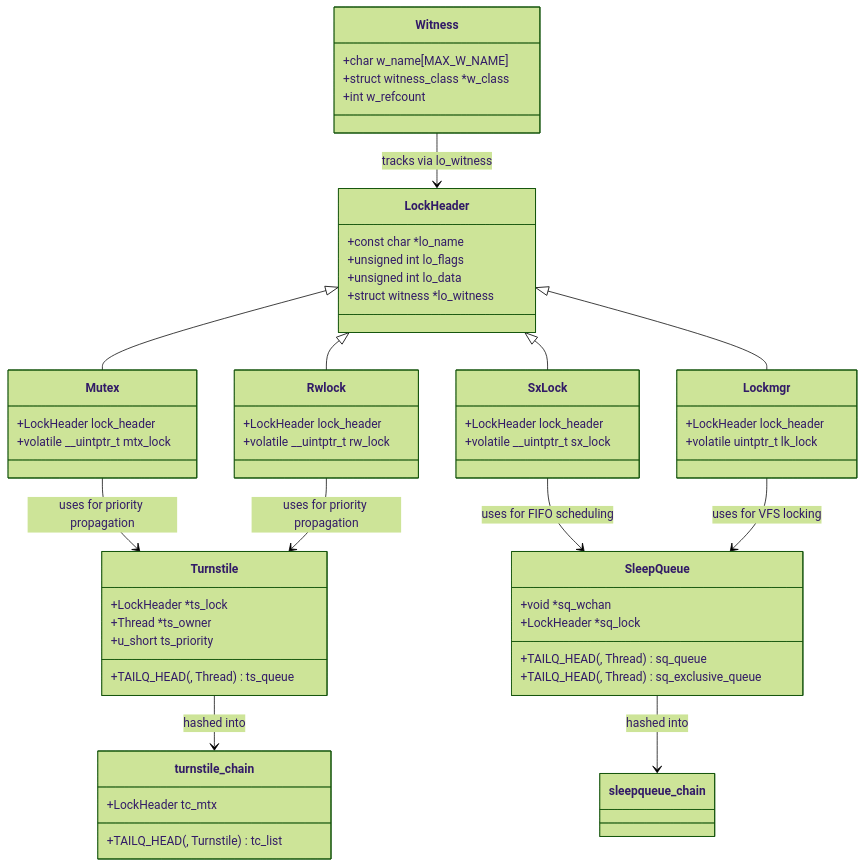
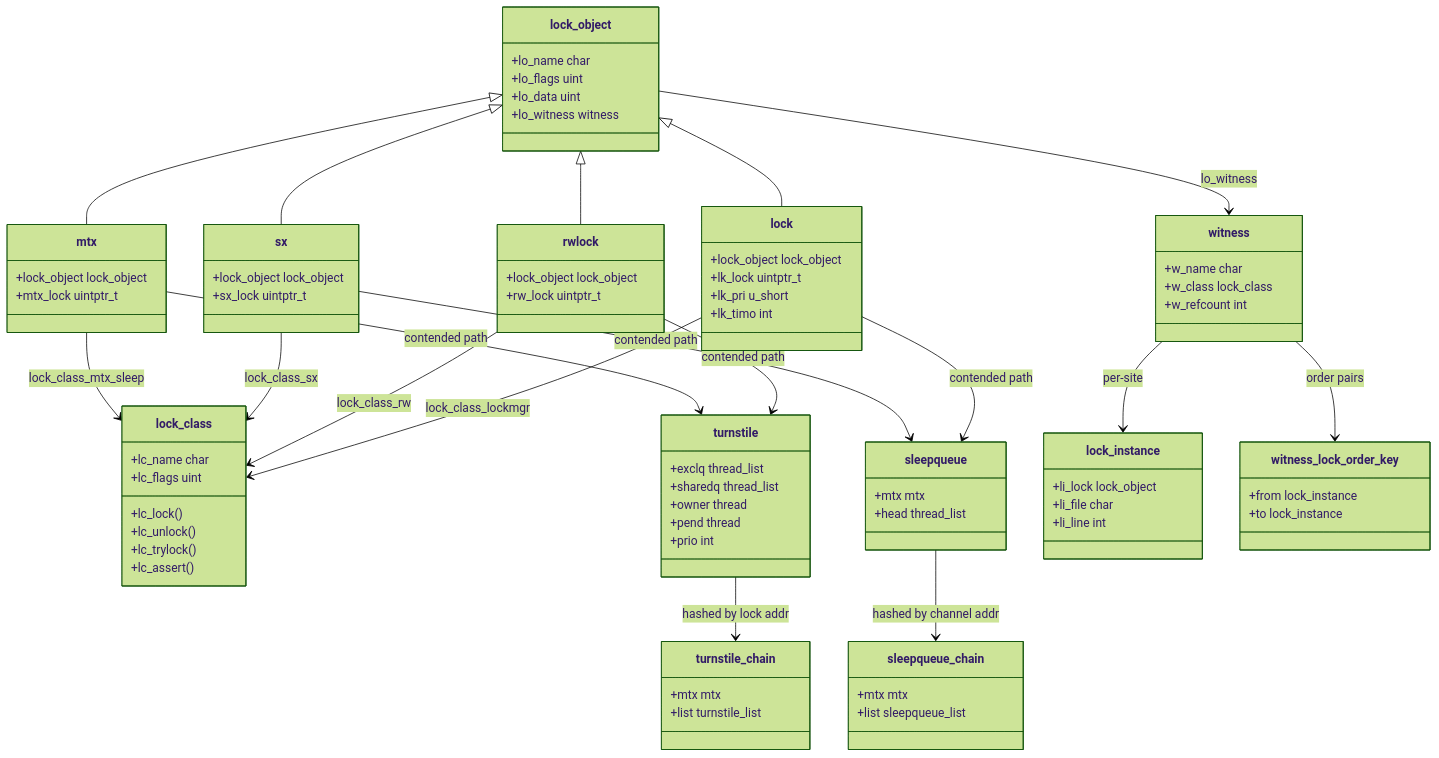
The diagram in sys/kern/README_locking.md (ocochard/freebsd-src), drawn with Mermaid (forest theme) before and after one commit. The commit also changed other lines of this file and 40 other files, not shown here.

````diff
--- a/sys/kern/README_locking.md
+++ b/sys/kern/README_locking.md
@@ -218,58 +574,98 @@
 ```mermaid
 classDiagram
-    class LockHeader {
-        +const char *lo_name
-        +unsigned int lo_flags
-        +unsigned int lo_data
-        +struct witness *lo_witness
-    }
-    class Mutex {
-        +LockHeader lock_header
-        +volatile __uintptr_t mtx_lock
-    }
-    class Rwlock {
-        +LockHeader lock_header
-        +volatile __uintptr_t rw_lock
-    }
-    class SxLock {
-        +LockHeader lock_header
-        +volatile __uintptr_t sx_lock
-    }
-    class Lockmgr {
-        +LockHeader lock_header
-        +volatile uintptr_t lk_lock
-    }
-    class Turnstile {
-        +LockHeader *ts_lock
-        +Thread *ts_owner
-        +TAILQ_HEAD(, Thread) ts_queue
-        +u_short ts_priority
-    }
-    class SleepQueue {
-        +void *sq_wchan
-        +LockHeader *sq_lock
-        +TAILQ_HEAD(, Thread) sq_queue
-        +TAILQ_HEAD(, Thread) sq_exclusive_queue
-    }
-    class Witness {
-        +char w_name[MAX_W_NAME]
-        +struct witness_class *w_class
-        +int w_refcount
-    }
-    class turnstile_chain {
-        +LockHeader tc_mtx
-        +TAILQ_HEAD(, Turnstile) tc_list
+    class lock_object {
+        +lo_name char
+        +lo_flags uint
+        +lo_data uint
+        +lo_witness witness
     }
 
-    LockHeader <|-- Mutex
-    LockHeader <|-- Rwlock
-    LockHeader <|-- SxLock
-    LockHeader <|-- Lockmgr
-    Mutex --> Turnstile : uses for priority propagation
-    Rwlock --> Turnstile : uses for priority propagation
-    SxLock --> SleepQueue : uses for FIFO scheduling
-    Lockmgr --> SleepQueue : uses for VFS locking
-    Turnstile --> turnstile_chain : hashed into
-    SleepQueue --> sleepqueue_chain : hashed into
-    Witness --> LockHeader : tracks via lo_witness
+    class mtx {
+        +lock_object lock_object
+        +mtx_lock uintptr_t
+    }
+
+    class sx {
+        +lock_object lock_object
+        +sx_lock uintptr_t
+    }
+
+    class rwlock {
+        +lock_object lock_object
+        +rw_lock uintptr_t
+    }
+
+    class lock {
+        +lock_object lock_object
+        +lk_lock uintptr_t
+        +lk_pri u_short
+        +lk_timo int
+    }
+
+    class lock_class {
+        +lc_name char
+        +lc_flags uint
+        +lc_lock()
+        +lc_unlock()
+        +lc_trylock()
+        +lc_assert()
+    }
+
+    class turnstile {
+        +exclq thread_list
+        +sharedq thread_list
+        +owner thread
+        +pend thread
+        +prio int
+    }
+
+    class turnstile_chain {
+        +mtx mtx
+        +list turnstile_list
+    }
+
+    class sleepqueue {
+        +mtx mtx
+        +head thread_list
+    }
+
+    class sleepqueue_chain {
+        +mtx mtx
+        +list sleepqueue_list
+    }
+
+    class witness {
+        +w_name char
+        +w_class lock_class
+        +w_refcount int
+    }
+
+    class lock_instance {
+        +li_lock lock_object
+        +li_file char
+        +li_line int
+    }
+
+    class witness_lock_order_key {
+        +from lock_instance
+        +to lock_instance
+    }
+
+    lock_object <|-- mtx
+    lock_object <|-- sx
+    lock_object <|-- rwlock
+    lock_object <|-- lock
+    mtx --> lock_class : lock_class_mtx_sleep
+    sx --> lock_class : lock_class_sx
+    rwlock --> lock_class : lock_class_rw
+    lock --> lock_class : lock_class_lockmgr
+    mtx --> turnstile : contended path
+    rwlock --> turnstile : contended path
+    sx --> sleepqueue : contended path
+    lock --> sleepqueue : contended path
+    turnstile --> turnstile_chain : hashed by lock addr
+    sleepqueue --> sleepqueue_chain : hashed by channel addr
+    lock_object --> witness : lo_witness
+    witness --> lock_instance : per-site
+    witness --> witness_lock_order_key : order pairs
 ```
````
